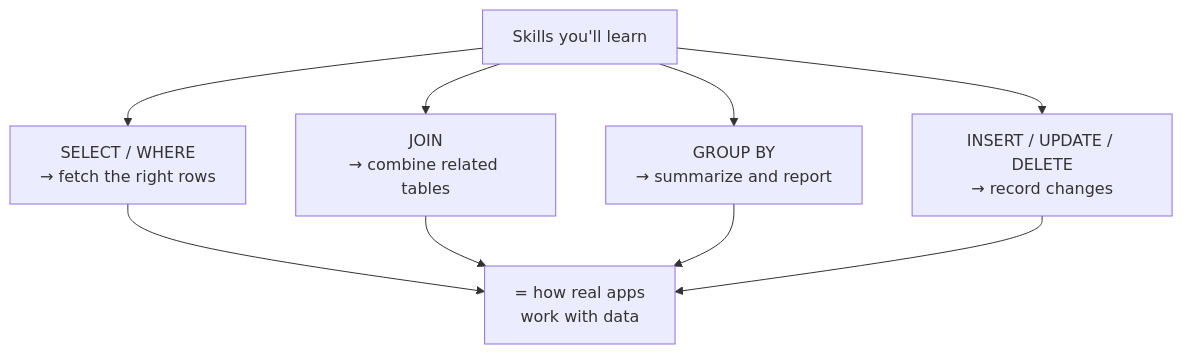
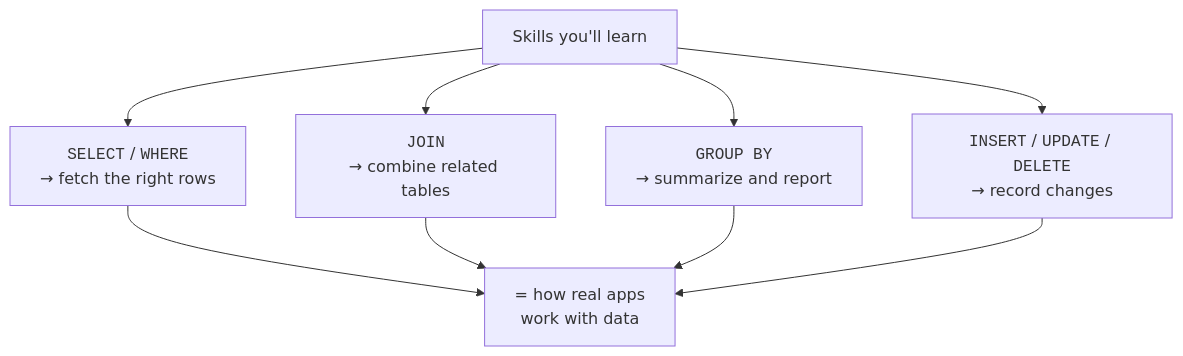
Before and after one commit to dataslope/dataslope: the third of 3 diagrams in content/learn/intro-sql-postgres/how-applications-use-databases.mdx, drawn with Mermaid. The commit also changed 56 other files, not shown here.

````diff
--- a/content/learn/intro-sql-postgres/how-applications-use-databases.mdx
+++ b/content/learn/intro-sql-postgres/how-applications-use-databases.mdx
@@ -89,12 +89,12 @@
 ```mermaid
 flowchart TB
     Q["Skills you'll learn"]
-    Q --> S1["SELECT / WHERE<br/>→ fetch the right rows"]
-    Q --> S2["JOIN<br/>→ combine related tables"]
-    Q --> S3["GROUP BY<br/>→ summarize and report"]
-    Q --> S4["INSERT / UPDATE / DELETE<br/>→ record changes"]
+    Q --> S1["<code>SELECT</code> / <code>WHERE</code><br/>→ fetch the right rows"]
+    Q --> S2["<code>JOIN</code><br/>→ combine related tables"]
+    Q --> S3["<code>GROUP BY</code><br/>→ summarize and report"]
+    Q --> S4["<code>INSERT</code> / <code>UPDATE</code> / <code>DELETE</code><br/>→ record changes"]
     S1 --> R["= how real apps<br/>work with data"]
     S2 --> R
     S3 --> R
     S4 --> R
 ```
````
